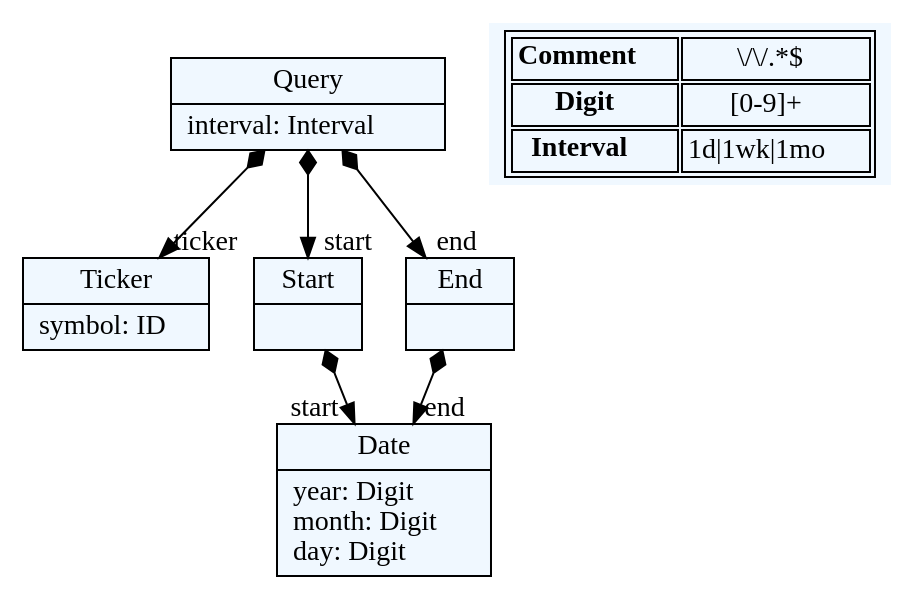
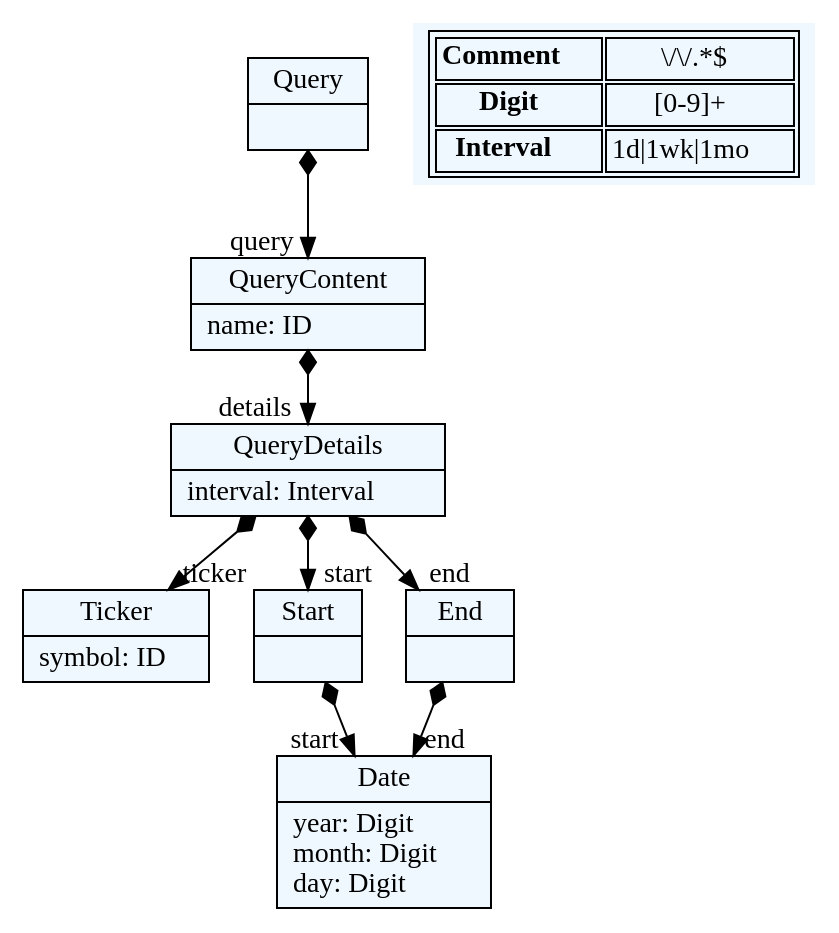
Before and after one commit to DusanStevic/textx-lang-quant: the diagram in scraper/dotexport/scraper_metamodel.dot, drawn with Graphviz. The commit also changed 9 other files, not shown here.

```diff
--- a/scraper/dotexport/scraper_metamodel.dot
+++ b/scraper/dotexport/scraper_metamodel.dot
@@ -1,44 +1,50 @@
 
     digraph textX {
     fontname = "Bitstream Vera Sans"
     fontsize = 8
     node[
         shape=record,
         style=filled,
         fillcolor=aliceblue
     ]
     nodesep = 0.3
     edge[dir=black,arrowtail=empty]
 
 
-52205576[ label="{Query|interval: Interval\l}"]
+52187560[ label="{Query|}"]
 
-52197080[ label="{Ticker|symbol: ID\l}"]
+52179064[ label="{QueryContent|name: ID\l}"]
 
-52215960[ label="{Start|}"]
+52181896[ label="{QueryDetails|interval: Interval\l}"]
 
-52218792[ label="{End|}"]
+52196056[ label="{Ticker|symbol: ID\l}"]
 
-52191416[ label="{Date|year: Digit\lmonth: Digit\lday: Digit\l}"]
+52201720[ label="{Start|}"]
+
+52204552[ label="{End|}"]
+
+52207384[ label="{Date|year: Digit\lmonth: Digit\lday: Digit\l}"]
 
 
 
-52205576 -> 52197080[arrowtail=diamond, dir=both, headlabel="ticker "]
-52205576 -> 52215960[arrowtail=diamond, dir=both, headlabel="start "]
-52205576 -> 52218792[arrowtail=diamond, dir=both, headlabel="end "]
-52215960 -> 52191416[arrowtail=diamond, dir=both, headlabel="start "]
-52218792 -> 52191416[arrowtail=diamond, dir=both, headlabel="end "]
+52187560 -> 52179064[arrowtail=diamond, dir=both, headlabel="query "]
+52179064 -> 52181896[arrowtail=diamond, dir=both, headlabel="details "]
+52181896 -> 52196056[arrowtail=diamond, dir=both, headlabel="ticker "]
+52181896 -> 52201720[arrowtail=diamond, dir=both, headlabel="start "]
+52181896 -> 52204552[arrowtail=diamond, dir=both, headlabel="end "]
+52201720 -> 52207384[arrowtail=diamond, dir=both, headlabel="start "]
+52204552 -> 52207384[arrowtail=diamond, dir=both, headlabel="end "]
 match_rules [ shape=plaintext, label=< <table>
 	<tr>
 		<td><b>Comment</b></td><td>\/\/.*$</td>
 	</tr>
 	<tr>
 		<td><b>Digit</b></td><td>[0-9]+</td>
 	</tr>
 	<tr>
 		<td><b>Interval</b></td><td>1d|1wk|1mo</td>
 	</tr>
 </table> >]
 
 
 }
```
